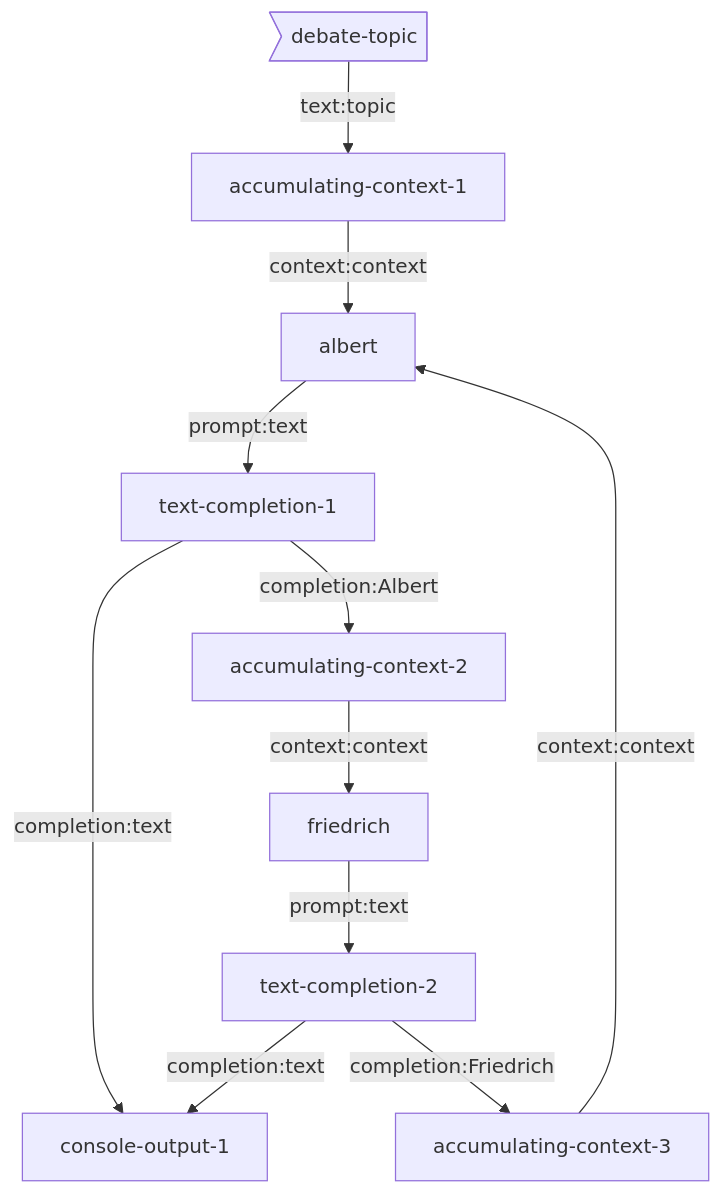
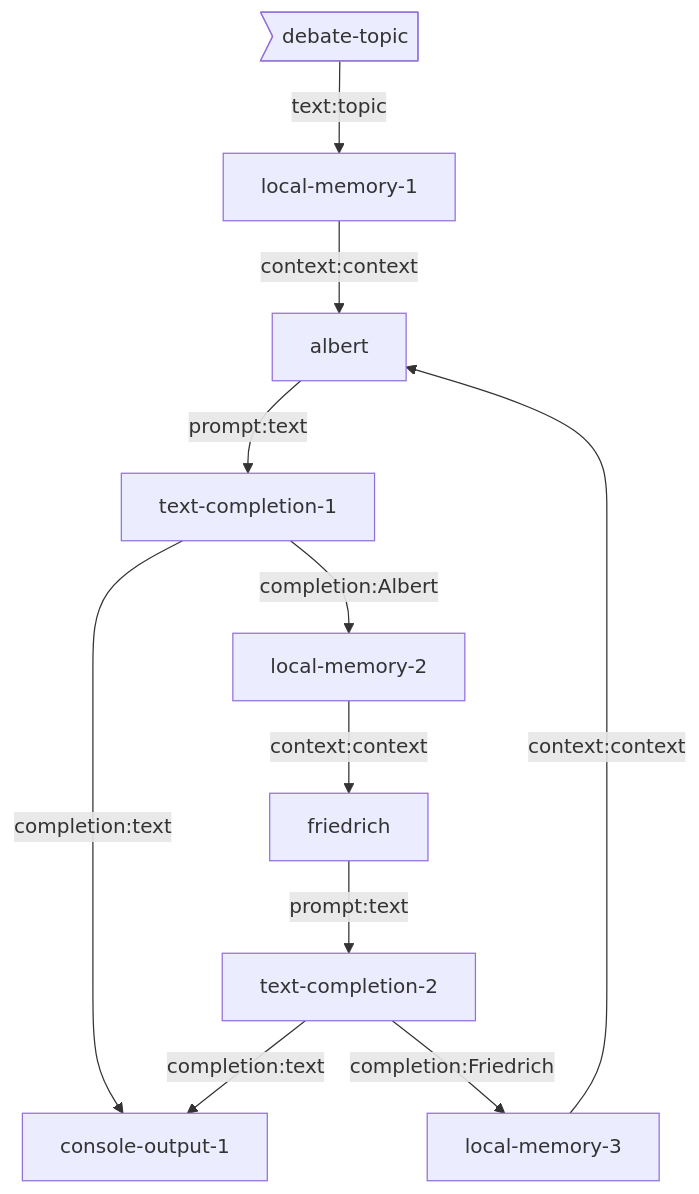
Before and after one commit to breadboard-ai/breadboard: the diagram in seeds/graph-playground/docs/graphs/endless-debate.md, drawn with Mermaid. The commit also changed 6 other files, not shown here.

Commit message:
[graph-playground] Replace `accumulating-context` with `local-memory`.

````diff
--- a/seeds/graph-playground/docs/graphs/endless-debate.md
+++ b/seeds/graph-playground/docs/graphs/endless-debate.md
@@ -4,13 +4,13 @@
 ```mermaid
 graph TD;
-debate-topic>debate-topic] -- text:topic --> accumulating-context-1
-accumulating-context-1 -- context:context --> albert
+debate-topic>debate-topic] -- text:topic --> local-memory-1
+local-memory-1 -- context:context --> albert
 albert -- prompt:text --> text-completion-1
 text-completion-1 -- completion:text --> console-output-1
-text-completion-1 -- completion:Albert --> accumulating-context-2
-accumulating-context-2 -- context:context --> friedrich
+text-completion-1 -- completion:Albert --> local-memory-2
+local-memory-2 -- context:context --> friedrich
 friedrich -- prompt:text --> text-completion-2
 text-completion-2 -- completion:text --> console-output-1
-text-completion-2 -- completion:Friedrich --> accumulating-context-3
-accumulating-context-3 -- context:context --> albert
+text-completion-2 -- completion:Friedrich --> local-memory-3
+local-memory-3 -- context:context --> albert
 ```
````
